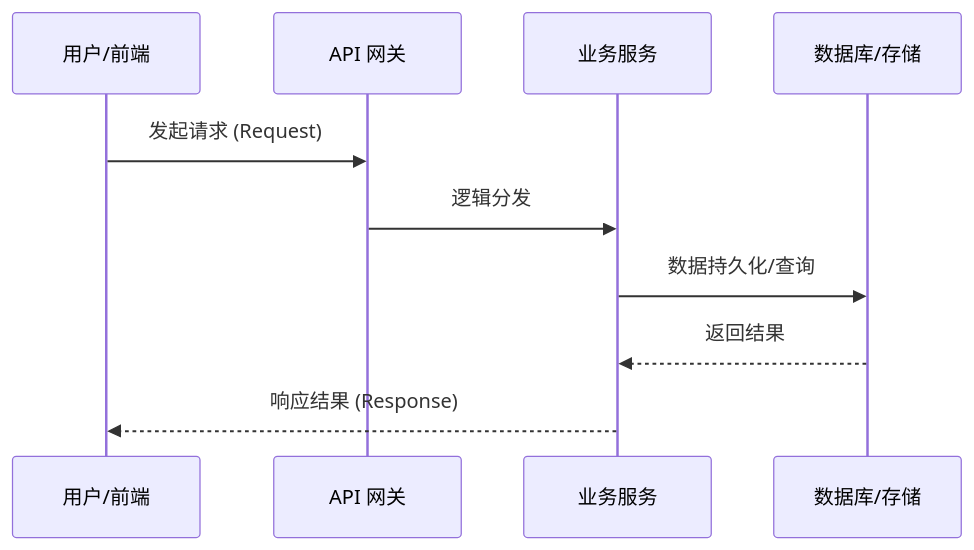
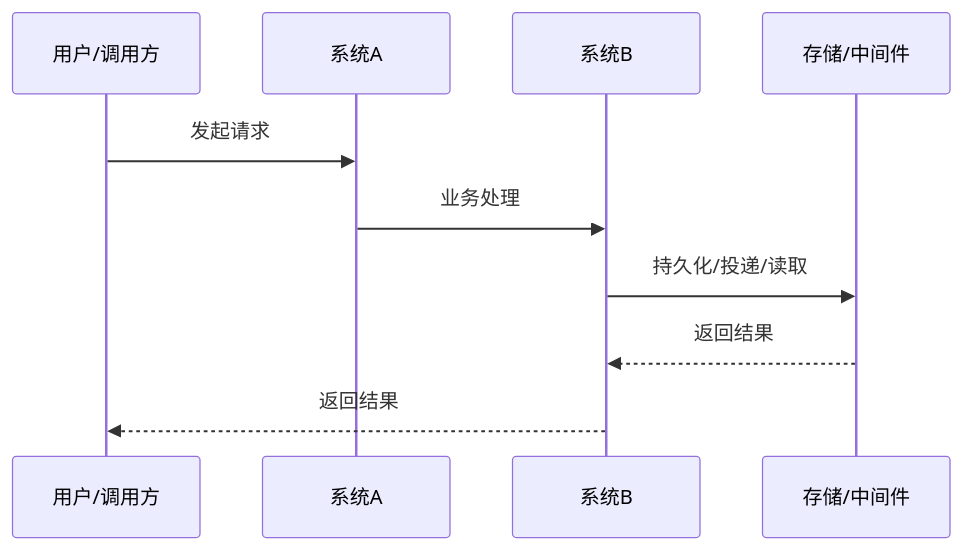
One commit to ql-link/LinkRag-Service changed the diagram in .agents/skills/requirement-analysis/PRD.template.md. Above: the diagram before and after it, drawn with Mermaid. The commit also changed other lines of this file and 13 other files, not shown here.

````diff
--- a/.agents/skills/requirement-analysis/PRD.template.md
+++ b/.agents/skills/requirement-analysis/PRD.template.md
@@ -47,13 +112,13 @@
 ```mermaid
 sequenceDiagram
-    participant User as 用户/前端
-    participant API as API 网关
-    participant Service as 业务服务
-    participant DB as 数据库/存储
+    participant User as 用户/调用方
+    participant A as 系统A
+    participant B as 系统B
+    participant Storage as 存储/中间件
 
-    User->>API: 发起请求 (Request)
-    API->>Service: 逻辑分发
-    Service->>DB: 数据持久化/查询
-    DB-->>Service: 返回结果
-    Service-->>User: 响应结果 (Response)
+    User->>A: 发起请求
+    A->>B: 业务处理
+    B->>Storage: 持久化/投递/读取
+    Storage-->>B: 返回结果
+    B-->>User: 返回结果
 ```
````
